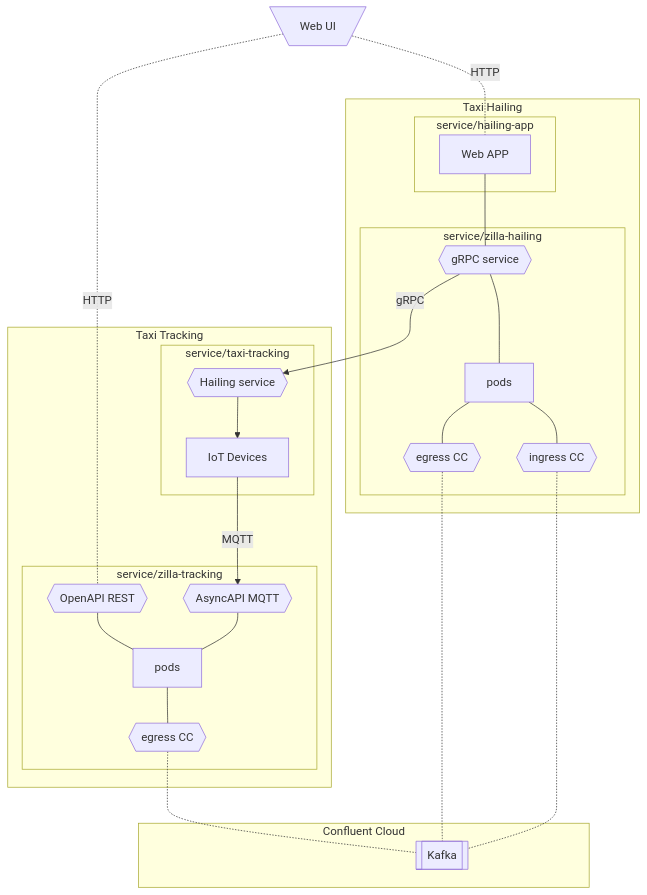
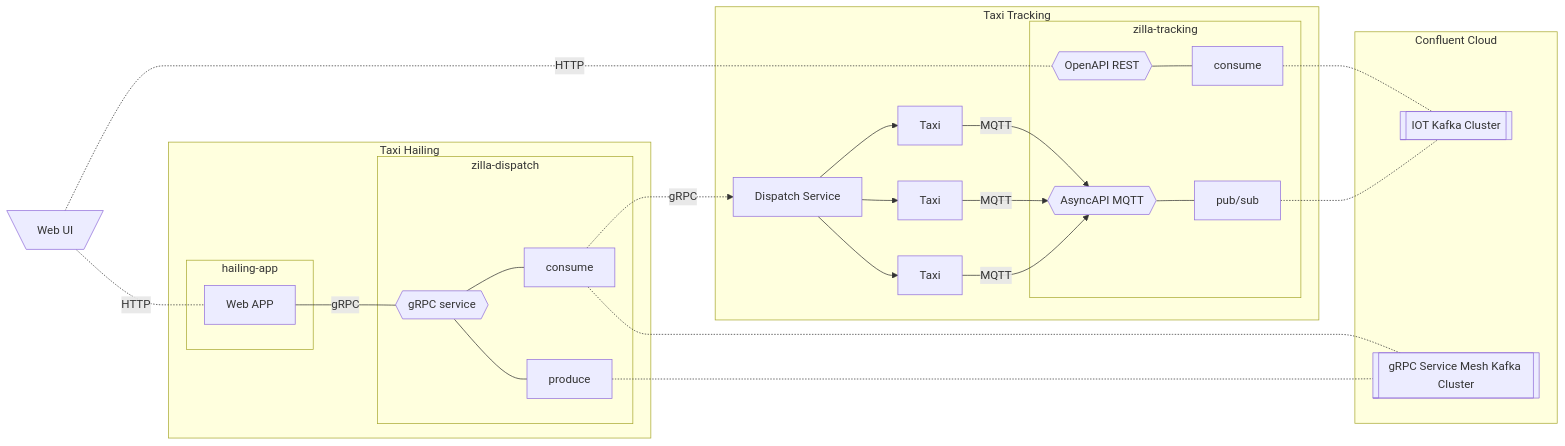
One commit to aklivity/zilla-demos changed the diagram in taxi/live-demo-deploy/README.md. Above: the diagram before and after it, drawn with Mermaid.

Commit message:
cleaned up

````diff
--- a/taxi/live-demo-deploy/README.md
+++ b/taxi/live-demo-deploy/README.md
@@ -5,41 +5,42 @@
 ```mermaid
-flowchart
+flowchart LR
 
     tmuisr[\Web UI/] -.- |HTTP| har
     tmuisr -.- |HTTP| ztos
         
     subgraph Taxi Hailing
 
-        subgraph service/hailing-app
+        subgraph hailing-app
             har[Web APP]
         end
 
-        subgraph service/zilla-hailing
-            har --- zhgs{{gRPC service}}
-            zhgs --- zhp[pods]
-            zhp --- zheg{{egress CC}}
-            zhp --- zhig{{ingress CC}}
+        subgraph zilla-dispatch
+            har --- |gRPC| zhgs{{gRPC service}}
+            zhgs --- zhig[consume]
+            zhgs --- zheg[produce]
         end
     end
 
     subgraph Taxi Tracking
-        subgraph service/zilla-tracking
-            ztos{{OpenAPI REST}}
-            ztos --- ztp[pods]
-            ztas{{AsyncAPI MQTT}} --- ztp[pod]
-            ztp[pods] --- zteg{{egress CC}}
+        subgraph zilla-tracking
+            ztos{{OpenAPI REST}} --- ztoc[consume]
+            ztas{{AsyncAPI MQTT}} --- ztapc[pub/sub]
         end
-        subgraph service/taxi-tracking
-            zhgs --> |gRPC| tsgrpc{{Hailing service}}
-            tsgrpc --> tsiot[IoT Devices]
-            tsiot --> |MQTT| ztas
-        end
+        zhig -.-> |gRPC| tsgrpc[Dispatch Service]
+        tsgrpc --> tsiot[Taxi]
+        tsgrpc --> tsiotb[Taxi]
+        tsgrpc --> tsiotc[Taxi]
+        tsiot --> |MQTT| ztas
+        tsiotb --> |MQTT| ztas
+        tsiotc --> |MQTT| ztas
     end
 
     subgraph Confluent Cloud
-        cck[[Kafka]]
-        zteg -.- cck
-        zheg -.- cck
-        zhig -.- cck
+        cciot[[IOT Kafka Cluster]]
+        ztapc -.- cciot
+        ztoc -.- cciot
+        ccsm[[gRPC Service Mesh Kafka Cluster]]
+        zheg -.- ccsm
+        zhig -.- ccsm
     end
 ```
````
